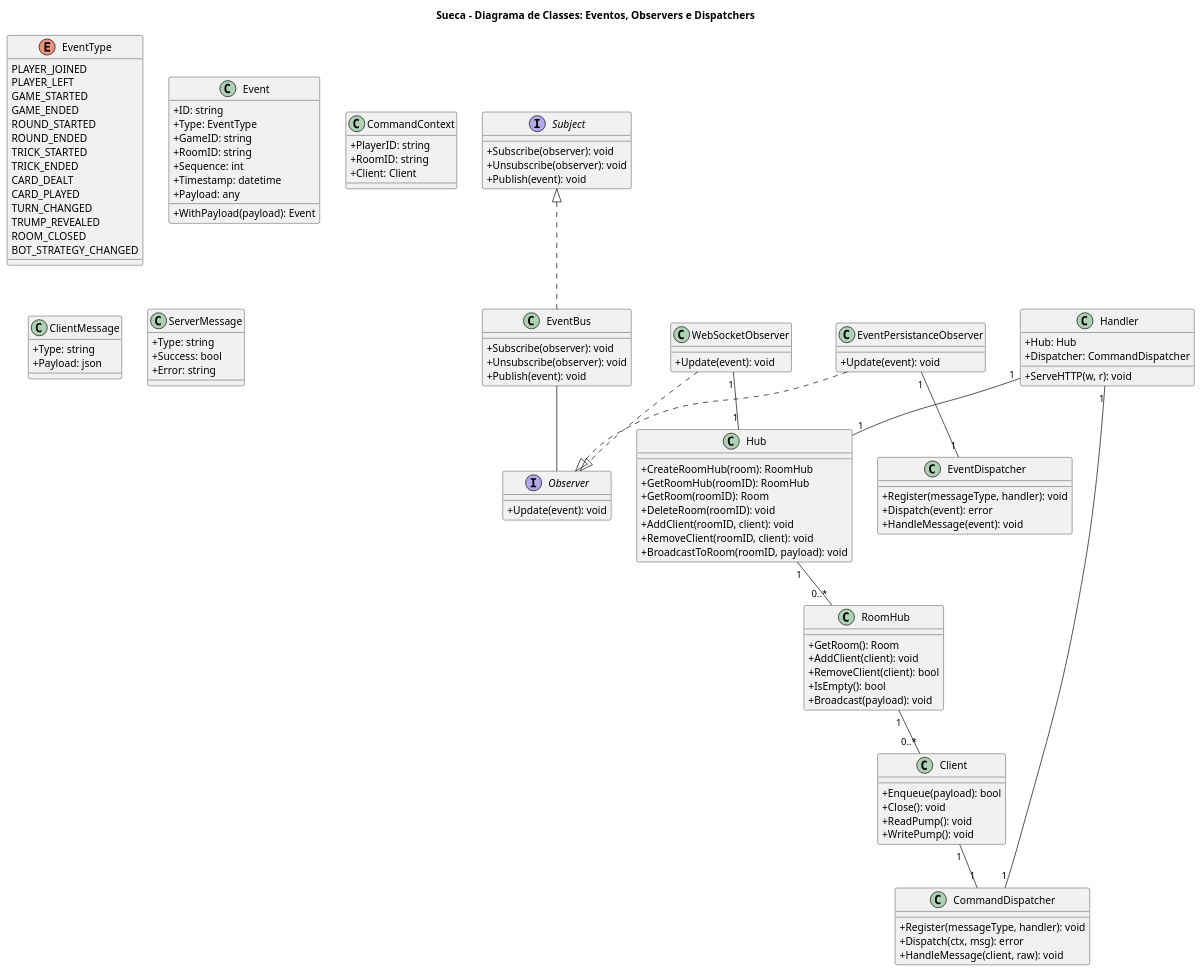
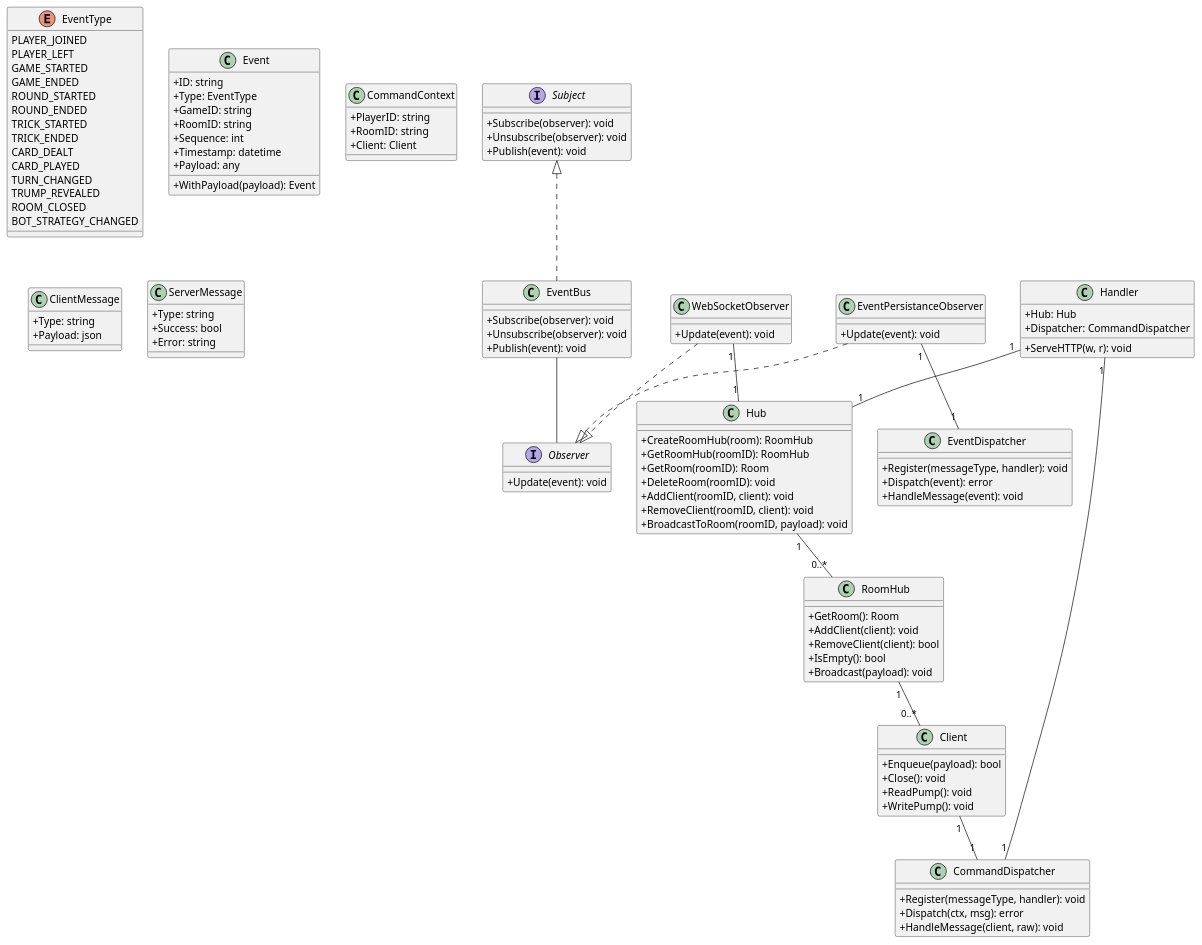
Before and after one commit to DuarteMSousa/PEDWM_TP1: the diagram in DocumentacaoV2/classes/classes_eventos.puml, drawn with PlantUML.

Commit message:
Remove title from events class diagram
Delete the PlantUML title line from DocumentacaoV2/classes/classes_eventos.puml. This removes the explicit header 'Sueca - Diagrama de Classes: Eventos, Observers e Dispatchers' while leaving the skinparam intact, likely to avoid duplicate or verbose titles when diagrams are included elsewhere.

```diff
--- a/DocumentacaoV2/classes/classes_eventos.puml
+++ b/DocumentacaoV2/classes/classes_eventos.puml
@@ -1,153 +1,152 @@
 @startuml
-title Sueca - Diagrama de Classes: Eventos, Observers e Dispatchers
 
 skinparam classAttributeIconSize 0
 
 ' ========================
 ' Enums
 ' ========================
 enum EventType {
   PLAYER_JOINED
   PLAYER_LEFT
   GAME_STARTED
   GAME_ENDED
   ROUND_STARTED
   ROUND_ENDED
   TRICK_STARTED
   TRICK_ENDED
   CARD_DEALT
   CARD_PLAYED
   TURN_CHANGED
   TRUMP_REVEALED
   ROOM_CLOSED
   BOT_STRATEGY_CHANGED
 }
 
 ' ========================
 ' Dominio: Eventos Base
 ' ========================
 class Event {
   +ID: string
   +Type: EventType
   +GameID: string
   +RoomID: string
   +Sequence: int
   +Timestamp: datetime
   +Payload: any
   +WithPayload(payload): Event
 }
 
 interface Subject {
   +Subscribe(observer): void
   +Unsubscribe(observer): void
   +Publish(event): void
 }
 
 interface Observer {
   +Update(event): void
 }
 
 class EventBus {
   +Subscribe(observer): void
   +Unsubscribe(observer): void
   +Publish(event): void
 }
 
 Subject <|.. EventBus
 EventBus -- Observer
 
 ' ========================
 ' Infraestrutura: WebSockets
 ' ========================
 class Hub {
   +CreateRoomHub(room): RoomHub
   +GetRoomHub(roomID): RoomHub
   +GetRoom(roomID): Room
   +DeleteRoom(roomID): void
   +AddClient(roomID, client): void
   +RemoveClient(roomID, client): void
   +BroadcastToRoom(roomID, payload): void
 }
 
 class RoomHub {
   +GetRoom(): Room
   +AddClient(client): void
   +RemoveClient(client): bool
   +IsEmpty(): bool
   +Broadcast(payload): void
 }
 
 class Client {
   +Enqueue(payload): bool
   +Close(): void
   +ReadPump(): void
   +WritePump(): void
 }
 
 class CommandContext {
   +PlayerID: string
   +RoomID: string
   +Client: Client
 }
 
 class CommandDispatcher {
   +Register(messageType, handler): void
   +Dispatch(ctx, msg): error
   +HandleMessage(client, raw): void
 }
 
 class Handler {
   +Hub: Hub
   +Dispatcher: CommandDispatcher
   +ServeHTTP(w, r): void
 }
 
 class WebSocketObserver {
   +Update(event): void
 }
 
 class ClientMessage {
   +Type: string
   +Payload: json
 }
 
 class ServerMessage {
   +Type: string
   +Success: bool
   +Error: string
 }
 
 ' ========================
 ' Infraestrutura: Eventos Dispatcher
 ' ========================
 class EventDispatcher {
   +Register(messageType, handler): void
   +Dispatch(event): error
   +HandleMessage(event): void
 }
 
 class EventPersistanceObserver {
   +Update(event): void
 }
 
 ' ========================
 ' Relacoes
 ' ========================
 
 ' --- Hub e WebSocket ---
 Hub "1" -- "0..*" RoomHub
 RoomHub "1" -- "0..*" Client
 Client "1" -- "1" CommandDispatcher
 Handler "1" -- "1" Hub
 Handler "1" -- "1" CommandDispatcher
 
 ' --- Observers e EventBus ---
 WebSocketObserver ..|> Observer
 WebSocketObserver "1"--"1" Hub
 EventPersistanceObserver ..|> Observer
 EventPersistanceObserver "1"--"1" EventDispatcher
 
 
 
 
 @enduml
```
